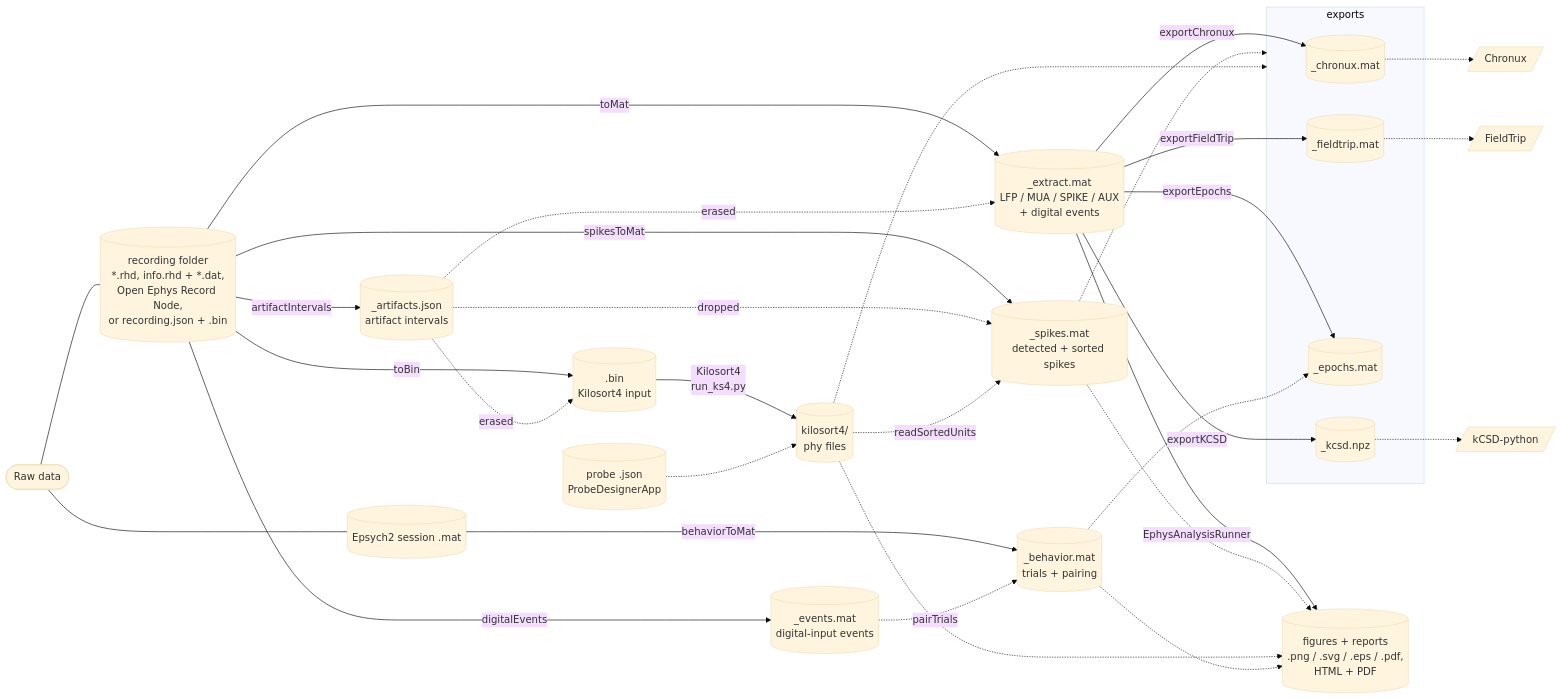
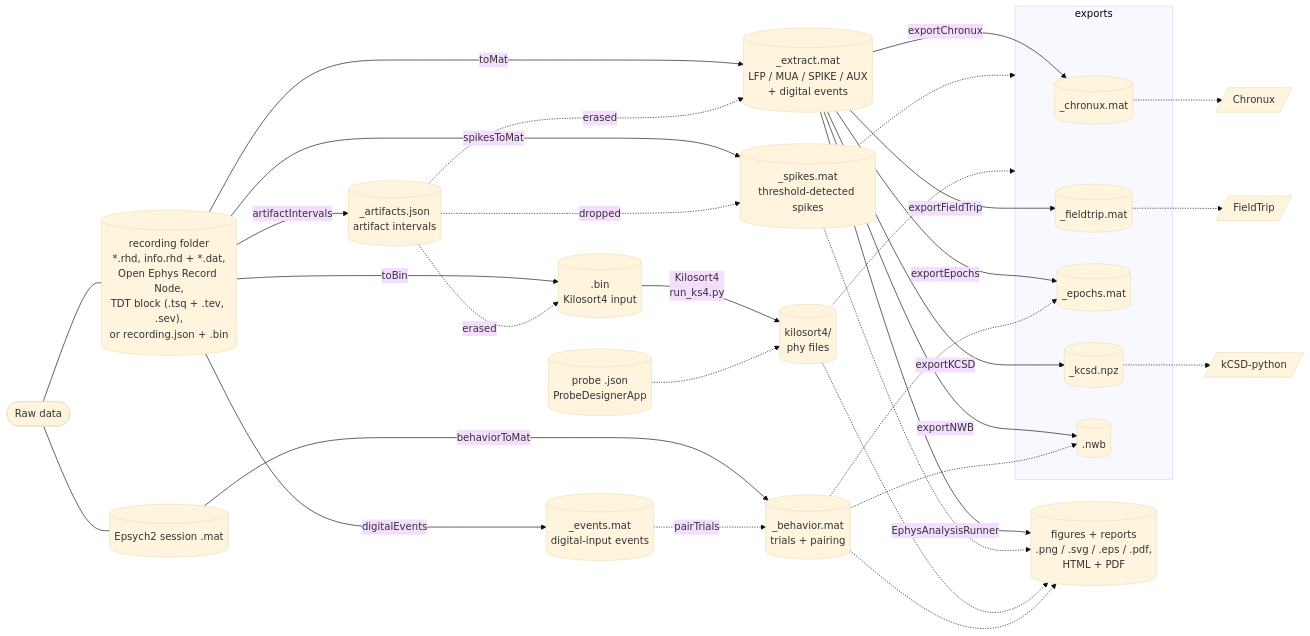
Before and after one commit to dstolz/ephys_analysis: the diagram in documentation/README.md, drawn with Mermaid (base theme). The commit also changed other lines of this file and 12 other files, not shown here.

````diff
--- a/documentation/README.md
+++ b/documentation/README.md
@@ -57,40 +57,41 @@
 ```mermaid
 flowchart LR
     RAW(["Raw data"])
-    RAW --- REC[("recording folder<br/>*.rhd, info.rhd + *.dat,<br/>Open Ephys Record Node,<br/>or recording.json + .bin")]
+    RAW --- REC[("recording folder<br/>*.rhd, info.rhd + *.dat,<br/>Open Ephys Record Node,<br/>TDT block (.tsq + .tev, .sev),<br/>or recording.json + .bin")]
     RAW --- BEH[(Epsych2 session .mat)]
 
     REC -- digitalEvents --> EVT[("_events.mat<br/>digital-input events")]
     REC -- artifactIntervals --> ART[("_artifacts.json<br/>artifact intervals")]
     REC -- toBin --> BIN[(".bin<br/>Kilosort4 input")]
     REC -- toMat --> MAT[("_extract.mat<br/>LFP / MUA / SPIKE / AUX<br/>+ digital events")]
-    REC -- spikesToMat --> SPK[("_spikes.mat<br/>detected + sorted spikes")]
+    REC -- spikesToMat --> SPK[("_spikes.mat<br/>threshold-detected spikes")]
     BEH -- behaviorToMat ----> BMAT[("_behavior.mat<br/>trials + pairing")]
 
     ART -. erased .-> BIN
     ART -. erased .-> MAT
     ART -. dropped .-> SPK
     BIN -- "Kilosort4<br/>run_ks4.py" --> KS[("kilosort4/<br/>phy files")]
     PRB[("probe .json<br/>ProbeDesignerApp")] -.-> KS
-    KS -. readSortedUnits .-> SPK
     EVT -. pairTrials .-> BMAT
 
     subgraph EXP["exports"]
         CHX[(_chronux.mat)]
         FTX[(_fieldtrip.mat)]
         EPO[(_epochs.mat)]
         KCX[(_kcsd.npz)]
+        NWBX[(.nwb)]
     end
     MAT -- exportChronux --> CHX
     MAT -- exportFieldTrip --> FTX
     MAT -- exportEpochs --> EPO
     MAT -- exportKCSD --> KCX
+    MAT -- exportNWB --> NWBX
     SPK & KS -.-> EXP
-    BMAT -.-> EPO
+    BMAT -.-> EPO & NWBX
     CHX -.-> CHRONUX[/Chronux/]
     FTX -.-> FIELDTRIP[/FieldTrip/]
     KCX -.-> KCSD[/kCSD-python/]
 
     MAT -- EphysAnalysisRunner --> FIGS[("figures + reports<br/>.png / .svg / .eps / .pdf,<br/>HTML + PDF")]
     SPK & KS & BMAT -.-> FIGS
 ```
````
